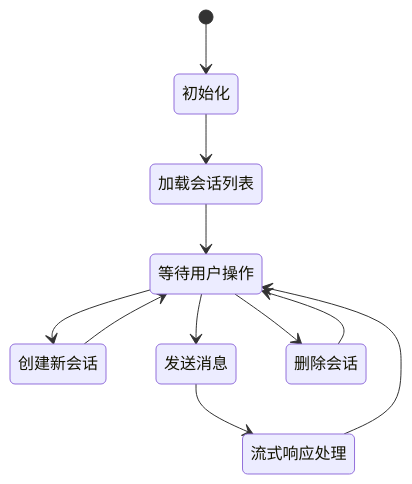
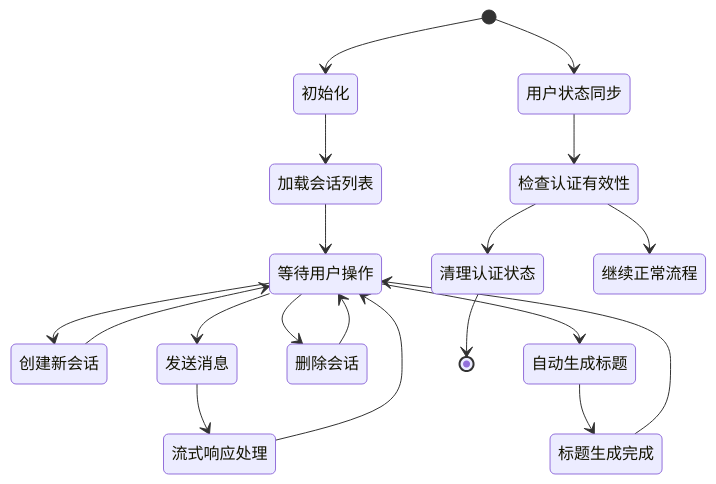
One commit to AvatoLabs/avato changed the ninth of 13 diagrams in .qoder/repowiki/zh/content/核心功能模块/API 服务层/移动端API服务层.md. Above: the diagram before and after it, drawn with Mermaid. The commit also changed other lines of this file and 158 other files, not shown here.

````diff
--- a/.qoder/repowiki/zh/content/核心功能模块/API 服务层/移动端API服务层.md
+++ b/.qoder/repowiki/zh/content/核心功能模块/API 服务层/移动端API服务层.md
@@ -401,13 +542,21 @@
 ```mermaid
 stateDiagram-v2
 [*] --> 初始化
 初始化 --> 加载会话列表
 加载会话列表 --> 等待用户操作
 等待用户操作 --> 创建新会话
 等待用户操作 --> 发送消息
 等待用户操作 --> 删除会话
+等待用户操作 --> 自动生成标题
 创建新会话 --> 等待用户操作
 发送消息 --> 流式响应处理
 流式响应处理 --> 等待用户操作
 删除会话 --> 等待用户操作
+自动生成标题 --> 标题生成完成
+标题生成完成 --> 等待用户操作
+[*] --> 用户状态同步
+用户状态同步 --> 检查认证有效性
+检查认证有效性 --> 清理认证状态
+检查认证有效性 --> 继续正常流程
+清理认证状态 --> [*]
 ```
````
